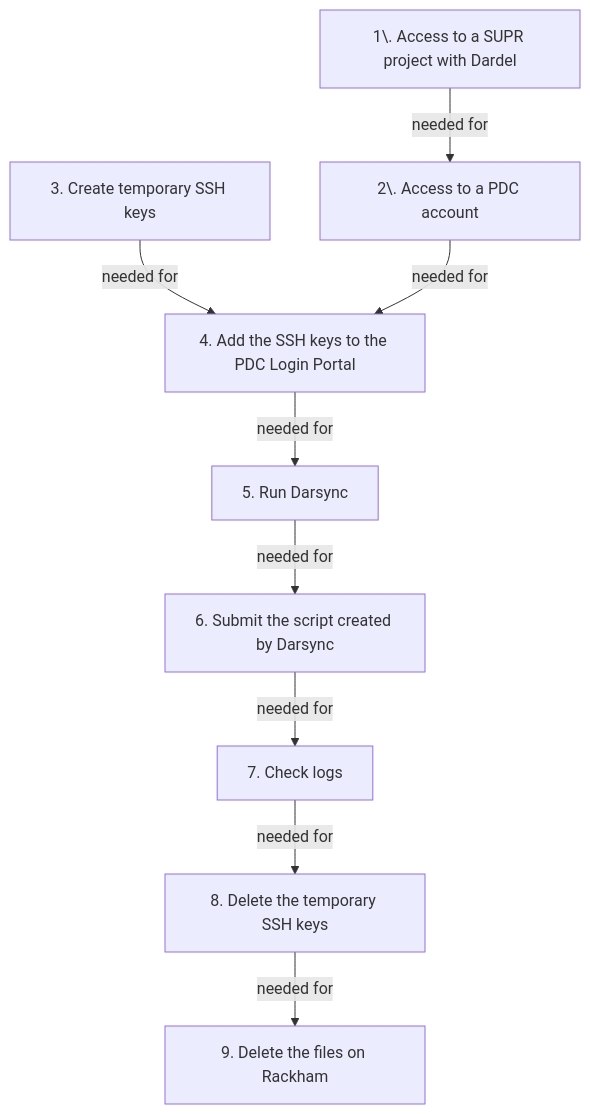
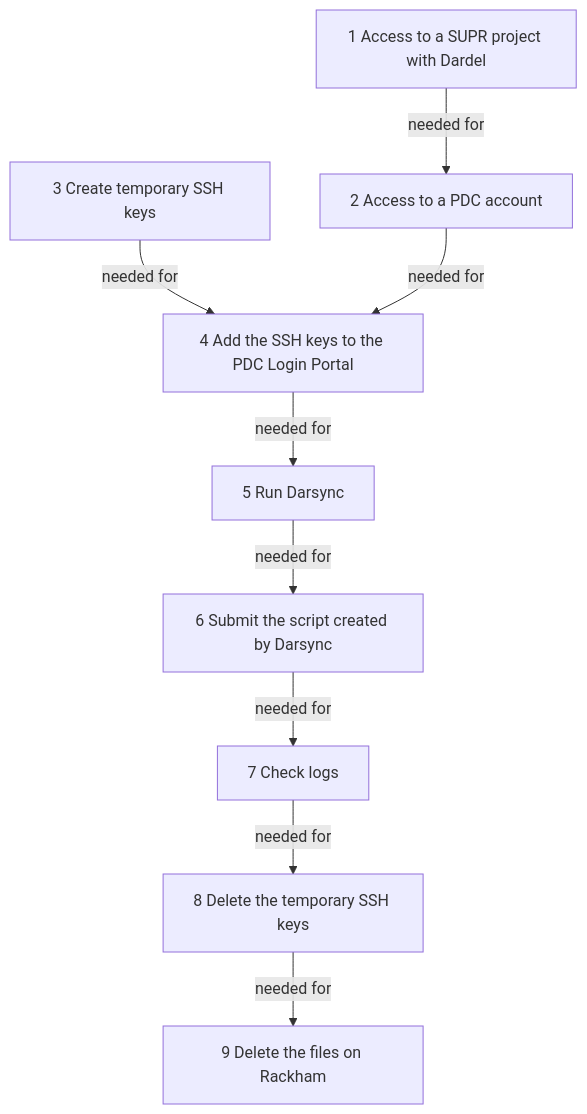
Before and after one commit to UPPMAX/UPPMAX-documentation: the diagram in docs/cluster_guides/dardel_migration.md, drawn with Mermaid. The commit also changed 1 other file, not shown here.

Commit message:
Removed periods in mermaid flowchart description texts.

````diff
--- a/docs/cluster_guides/dardel_migration.md
+++ b/docs/cluster_guides/dardel_migration.md
@@ -62,22 +62,22 @@
 ```mermaid
 flowchart TD
-  get_supr_project[1\. Access to a SUPR project with Dardel]
-  get_pdc_account[2\. Access to a PDC account]
-  create_ssh_key[3. Create temporary SSH keys]
-  add_ssh_key[4. Add the SSH keys to the PDC Login Portal]
-  run_darsync[5. Run Darsync]
-  slurm[6. Submit the script created by Darsync]
-  check_logs[7. Check logs]
-  delete_ssh_keys[8. Delete the temporary SSH keys]
-  delete_rackham_files[9. Delete the files on Rackham]
+  get_supr_project[1 Access to a SUPR project with Dardel]
+  get_pdc_account[2 Access to a PDC account]
+  create_ssh_key[3 Create temporary SSH keys]
+  add_ssh_key[4 Add the SSH keys to the PDC Login Portal]
+  run_darsync[5 Run Darsync]
+  slurm[6 Submit the script created by Darsync]
+  check_logs[7 Check logs]
+  delete_ssh_keys[8 Delete the temporary SSH keys]
+  delete_rackham_files[9 Delete the files on Rackham]
 
   get_supr_project --> |needed for| get_pdc_account
 
   create_ssh_key --> |needed for| add_ssh_key
   get_pdc_account --> |needed for| add_ssh_key
   add_ssh_key --> |needed for| run_darsync
   run_darsync --> |needed for| slurm
   slurm --> |needed for| check_logs
   check_logs --> |needed for| delete_ssh_keys
   delete_ssh_keys --> |needed for| delete_rackham_files
 ```
````
